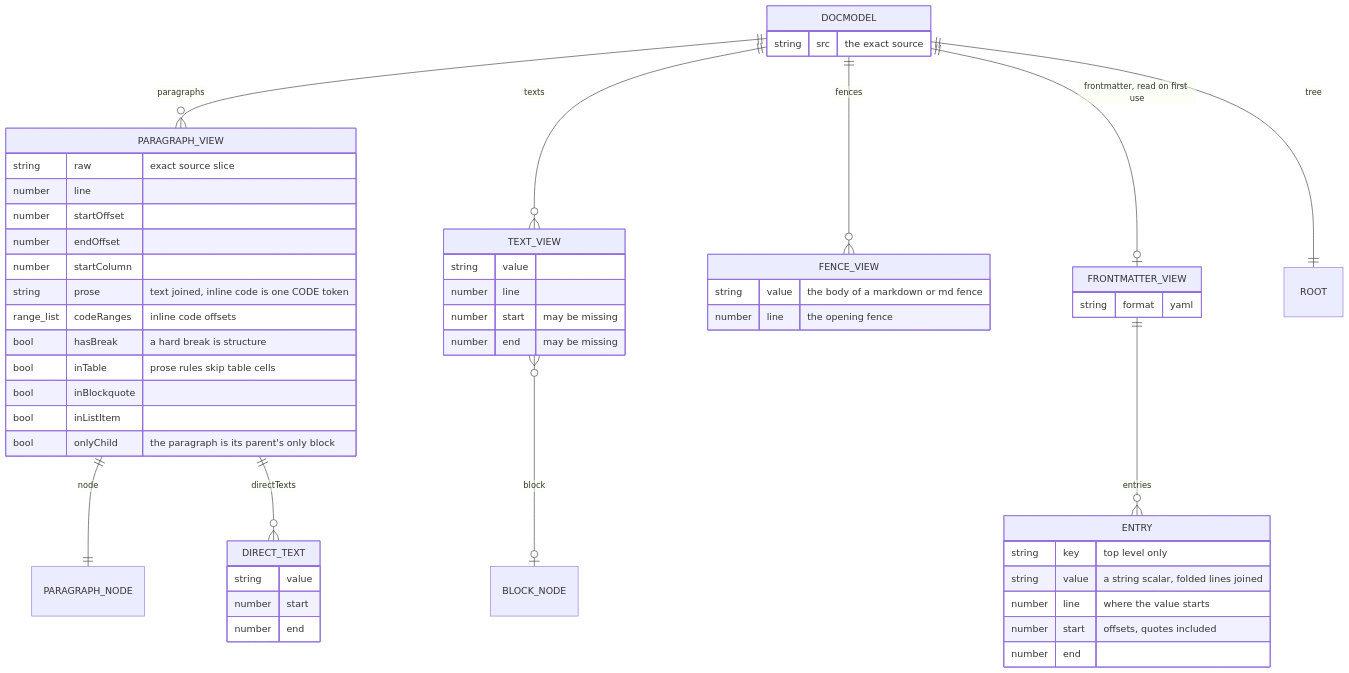
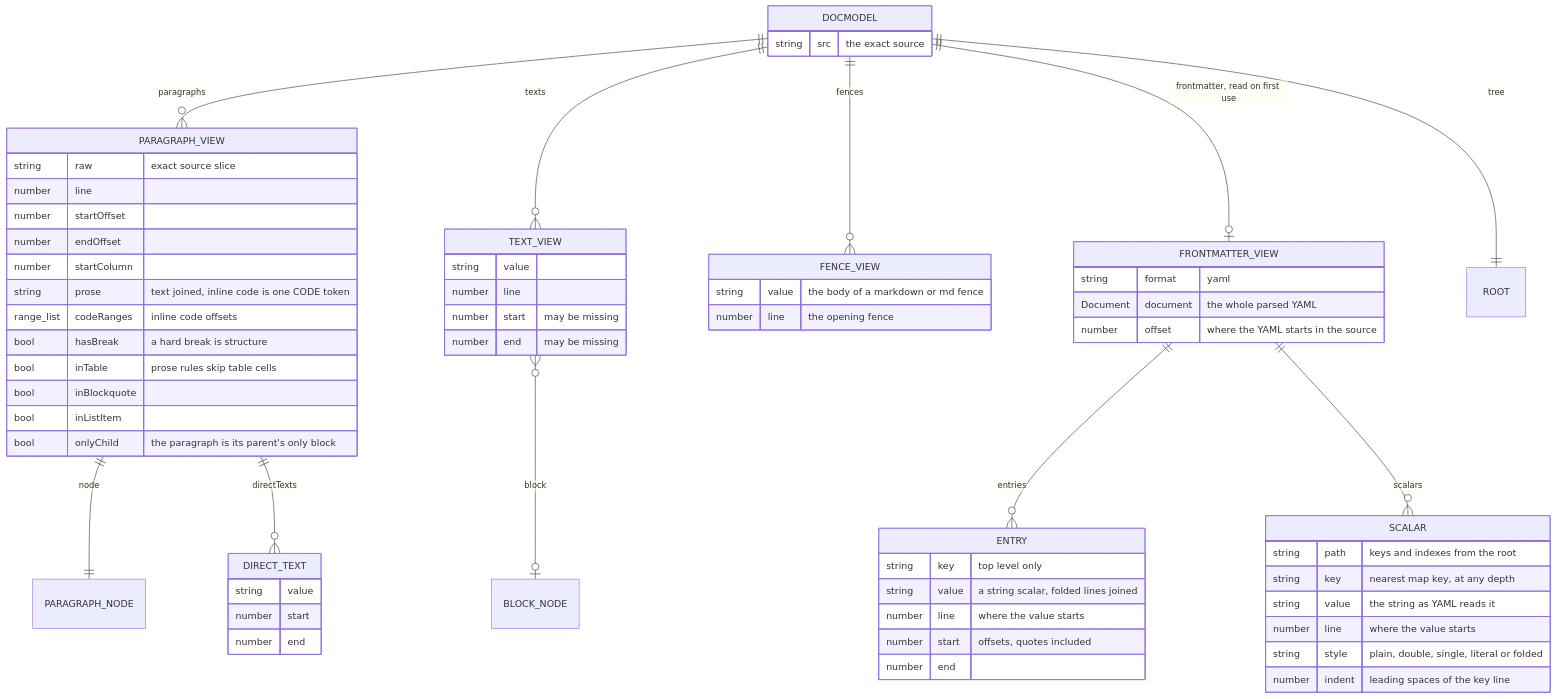
Before and after one commit to jpeakai/jpai-prose-gates: the second of 7 diagrams in docs/engines.md, drawn with Mermaid. The commit also changed other lines of this file and 35 other files, not shown here.

First line of the commit message:
feat: TypeScript example plugin, whole-YAML frontmatter access and a frontmatter fixer

````diff
--- a/docs/engines.md
+++ b/docs/engines.md
@@ -88,55 +88,66 @@
 ```mermaid
 erDiagram
     DOCMODEL ||--o{ PARAGRAPH_VIEW : paragraphs
     DOCMODEL ||--o{ TEXT_VIEW : texts
     DOCMODEL ||--o{ FENCE_VIEW : fences
     DOCMODEL ||--o| FRONTMATTER_VIEW : "frontmatter, read on first use"
     DOCMODEL ||--|| ROOT : tree
     PARAGRAPH_VIEW ||--|| PARAGRAPH_NODE : node
     PARAGRAPH_VIEW ||--o{ DIRECT_TEXT : directTexts
     TEXT_VIEW }o--o| BLOCK_NODE : block
     FRONTMATTER_VIEW ||--o{ ENTRY : entries
+    FRONTMATTER_VIEW ||--o{ SCALAR : scalars
 
     DOCMODEL {
         string src "the exact source"
     }
     PARAGRAPH_VIEW {
         string raw "exact source slice"
         number line
         number startOffset
         number endOffset
         number startColumn
         string prose "text joined, inline code is one CODE token"
         range_list codeRanges "inline code offsets"
         bool hasBreak "a hard break is structure"
         bool inTable "prose rules skip table cells"
         bool inBlockquote
         bool inListItem
         bool onlyChild "the paragraph is its parent's only block"
     }
     DIRECT_TEXT {
         string value
         number start
         number end
     }
     TEXT_VIEW {
         string value
         number line
         number start "may be missing"
         number end "may be missing"
     }
     FENCE_VIEW {
         string value "the body of a markdown or md fence"
         number line "the opening fence"
     }
     FRONTMATTER_VIEW {
         string format "yaml"
+        Document document "the whole parsed YAML"
+        number offset "where the YAML starts in the source"
+    }
+    SCALAR {
+        string path "keys and indexes from the root"
+        string key "nearest map key, at any depth"
+        string value "the string as YAML reads it"
+        number line "where the value starts"
+        string style "plain, double, single, literal or folded"
+        number indent "leading spaces of the key line"
     }
     ENTRY {
         string key "top level only"
         string value "a string scalar, folded lines joined"
         number line "where the value starts"
         number start "offsets, quotes included"
         number end
     }
 ```
````
